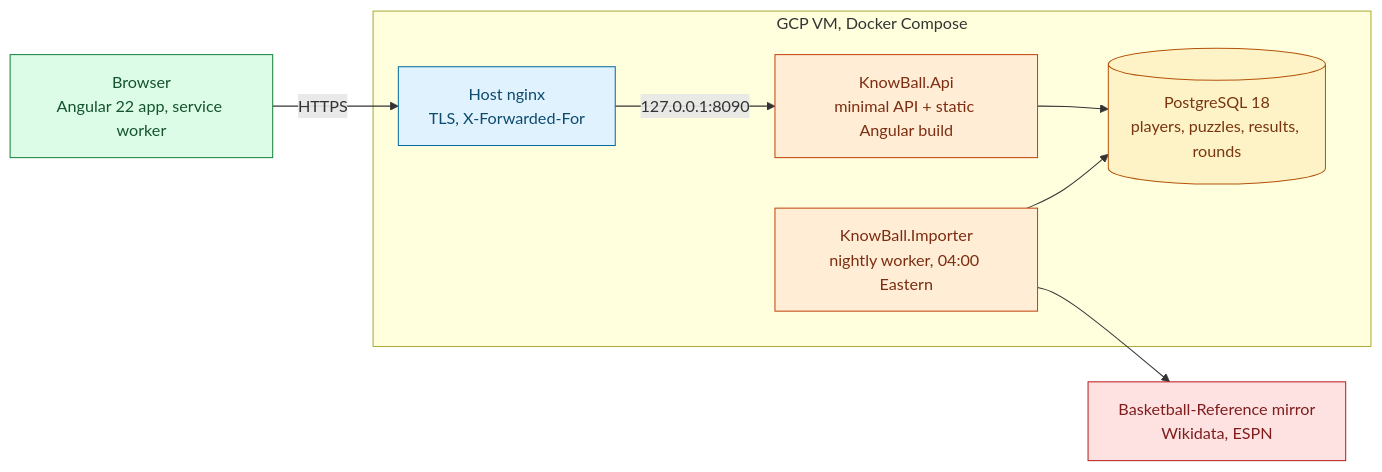
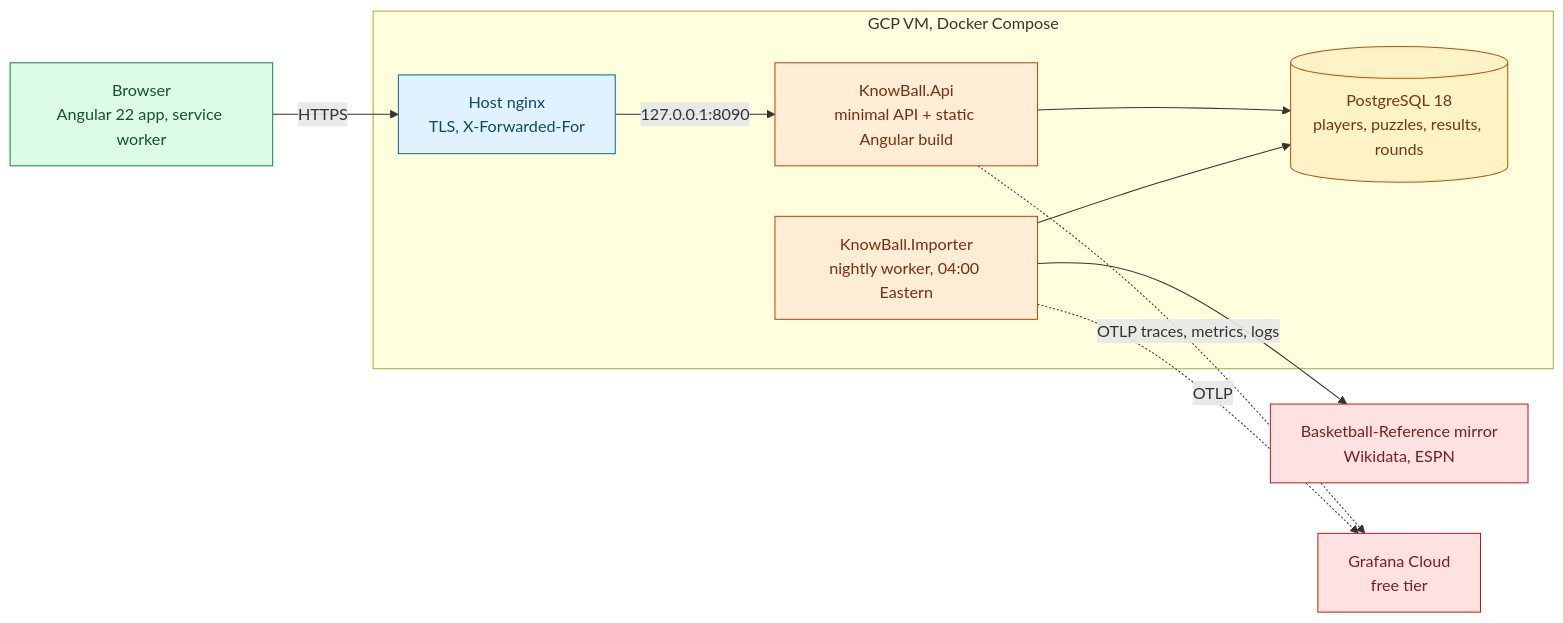
The second of 5 diagrams in docs/architecture.md (natezimm/know-ball), drawn with Mermaid before and after one commit. The commit also changed other lines of this file and 26 other files, not shown here.

First line of the commit message:
Add OpenTelemetry traces, metrics and logs

````diff
--- a/docs/architecture.md
+++ b/docs/architecture.md
@@ -37,26 +37,28 @@
 ```mermaid
 flowchart LR
   Browser["Browser<br/>Angular 22 app, service worker"] -->|"HTTPS"| Nginx["Host nginx<br/>TLS, X-Forwarded-For"]
   Nginx -->|"127.0.0.1:8090"| Api["KnowBall.Api<br/>minimal API + static Angular build"]
   Api --> Db[("PostgreSQL 18<br/>players, puzzles, results, rounds")]
   Importer["KnowBall.Importer<br/>nightly worker, 04:00 Eastern"] --> Db
   Importer --> Sources["Basketball-Reference mirror<br/>Wikidata, ESPN"]
+  Api -.->|"OTLP traces, metrics, logs"| Grafana["Grafana Cloud<br/>free tier"]
+  Importer -.->|"OTLP"| Grafana
 
   subgraph Vm["GCP VM, Docker Compose"]
     Nginx
     Api
     Importer
     Db
   end
 
   classDef client fill:#dcfce7,stroke:#15803d,color:#14532d
   classDef server fill:#ffedd5,stroke:#c2410c,color:#7c2d12
   classDef data fill:#fef3c7,stroke:#b45309,color:#78350f
   classDef site fill:#e0f2fe,stroke:#0369a1,color:#0c4a6e
   classDef external fill:#fee2e2,stroke:#b91c1c,color:#7f1d1d
   class Browser client
   class Nginx site
   class Api,Importer server
   class Db data
-  class Sources external
+  class Sources,Grafana external
 ```
````
